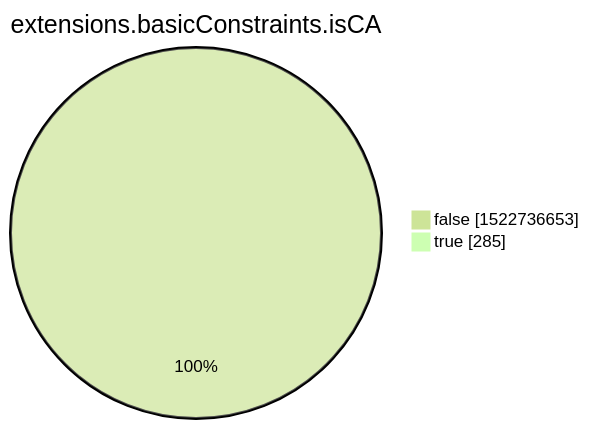
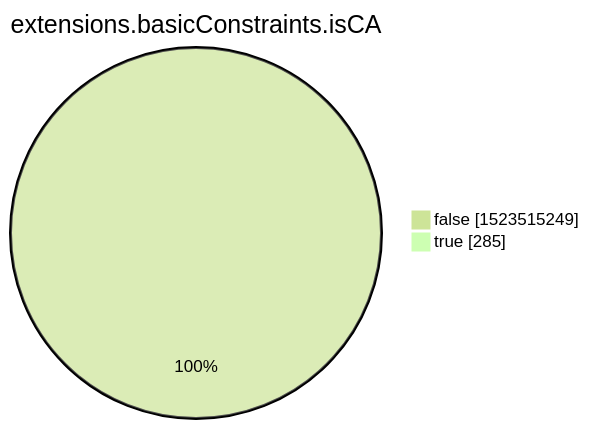
Before and after one commit to christiankrug/ctmonitor_visualization: the eighth of 15 diagrams in xenon2022/README.md, drawn with Mermaid (forest theme). The commit also changed other lines of this file, not shown here.

````diff
--- a/xenon2022/README.md
+++ b/xenon2022/README.md
@@ -2856,6 +2857,6 @@
 ```mermaid
 pie showData
 title extensions.basicConstraints.isCA
-"false" :1522736653
+"false" :1523515249
 "true" :285
 ```
````
